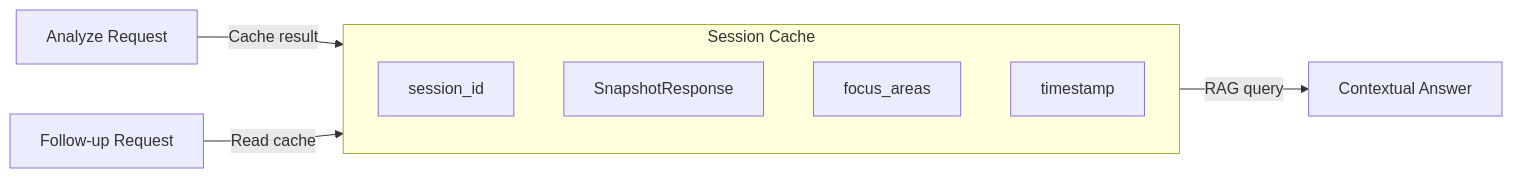
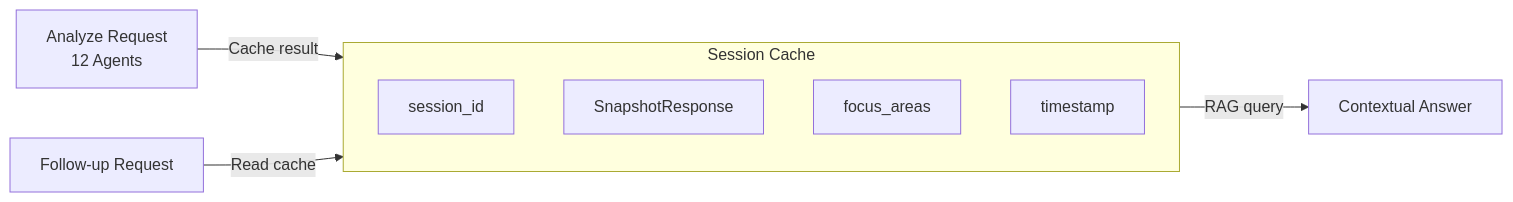
One commit to donyelqt/Hinaing changed the seventh of 7 diagrams in docs/CHAT_ARCHITECTURE.md. Above: the diagram before and after it, drawn with Mermaid. The commit also changed other lines of this file and 6 other files, not shown here.

First line of the commit message:
docs: Update architecture documentation with 7-node self-learning pipeline and LLM model refinements

````diff
--- a/docs/CHAT_ARCHITECTURE.md
+++ b/docs/CHAT_ARCHITECTURE.md
@@ -459,13 +468,13 @@
 ```mermaid
 flowchart LR
     subgraph Session["Session Cache"]
         S1[session_id]
         S2[SnapshotResponse]
         S3[focus_areas]
         S4[timestamp]
     end
 
-    Analyze[Analyze Request] --> |"Cache result"| Session
+    Analyze[Analyze Request<br/>12 Agents] --> |"Cache result"| Session
     Followup[Follow-up Request] --> |"Read cache"| Session
     Session --> |"RAG query"| Response[Contextual Answer]
 ```
````
